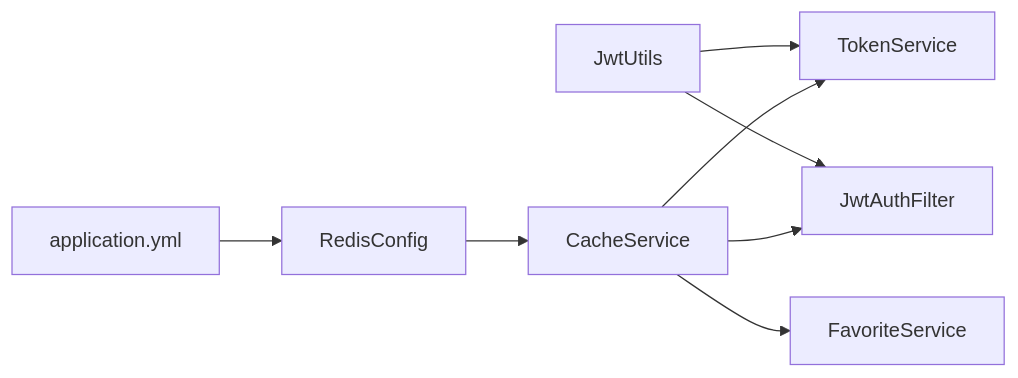
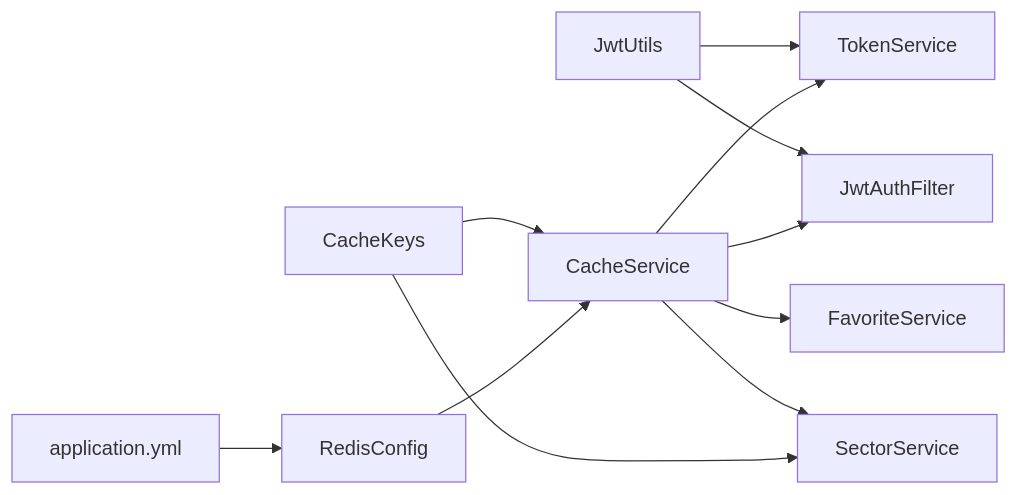
Before and after one commit to PersonNoName/FreeTrader: the ninth of 9 diagrams in .qoder/repowiki/zh/content/后端系统/服务层设计/缓存服务.md, drawn with Mermaid. The commit also changed other lines of this file and 10 other files, not shown here.

````diff
--- a/.qoder/repowiki/zh/content/后端系统/服务层设计/缓存服务.md
+++ b/.qoder/repowiki/zh/content/后端系统/服务层设计/缓存服务.md
@@ -308,10 +473,13 @@
 ```mermaid
 graph LR
 JU["JwtUtils"] --> TS["TokenService"]
 JU --> JAF["JwtAuthFilter"]
 CS["CacheService"] --> TS
 CS --> JAF
 CS --> FS["FavoriteService"]
+CS --> SS["SectorService"]
+CK["CacheKeys"] --> CS
+CK --> SS
 RC["RedisConfig"] --> CS
 APPYML["application.yml"] --> RC
 ```
````
